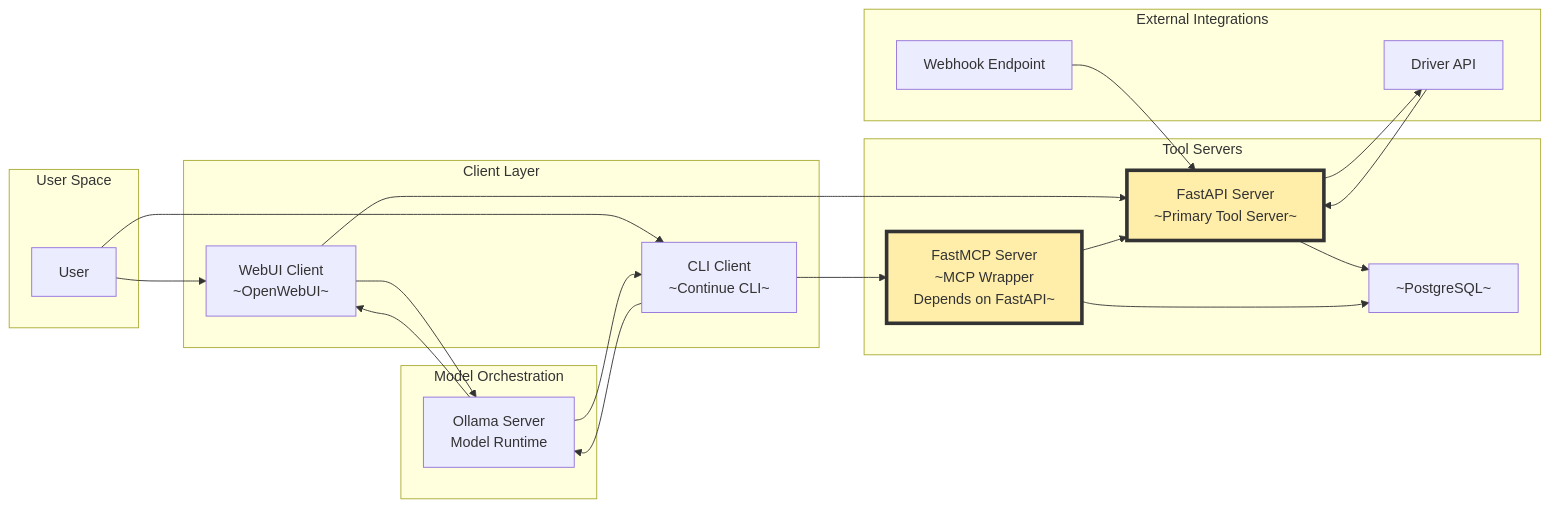
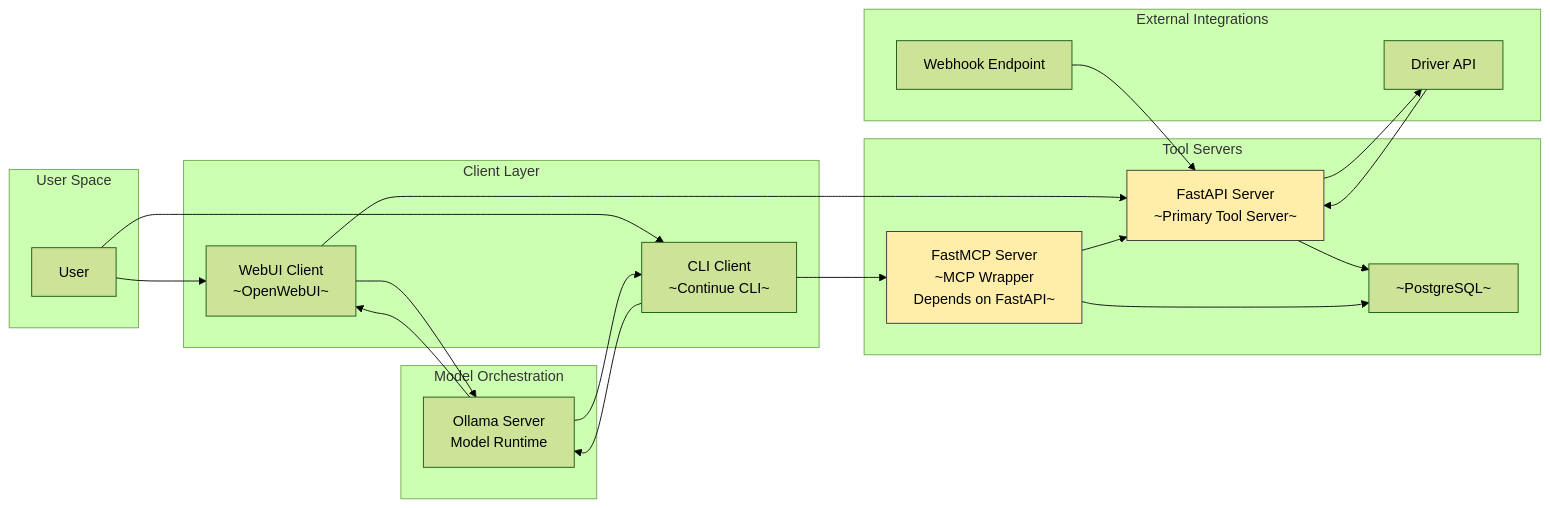
Before and after one commit to entitycs/doordash-driver-fastapi: the first of 2 diagrams in docs/usageContexts.md, drawn with Mermaid. The commit also changed other lines of this file and 1 other file, not shown here.

Commit message:
test doc theme in markdown in github inerface

````diff
--- a/docs/usageContexts.md
+++ b/docs/usageContexts.md
@@ -8,55 +8,61 @@
 ```mermaid
+---
+config:
+  theme: forest
+---
+
 flowchart LR
 
     subgraph UserSpace[User Space]
         U[User]
     end
 
     subgraph ClientLayer[Client Layer]
         W[WebUI Client<br/>~OpenWebUI~]
         C[CLI Client<br/>~Continue CLI~]
     end
 
     subgraph Orchestration[Model Orchestration]
         O[Ollama Server<br/>Model Runtime]
     end
 
     subgraph Tooling[Tool Servers]
         A[FastAPI Server<br/>~Primary Tool Server~]:::servers
         M[FastMCP Server<br/>~MCP Wrapper<br/>Depends on FastAPI~]:::servers
         DB[~PostgreSQL~]
     end
 
     subgraph External[External Integrations]
         D[Driver API]
         H[Webhook Endpoint]
     end
 
     %% User entry
     U --> W
     U --> C
 
     %% Clients to orchestrator
     W --> O
     C --> O
 
     %% Orchestrator to tool servers
     O --> W
     O --> C
 
     %% Client routing
     W --> A
     C --> M
 
     %% Dependency direction
     M --> A
 
     %% Tool server interactions
     A --> DB
     M --> DB
     A --> D
     D --> A
     H --> A
 
-    classDef servers fill:#fea,stroke:#333,stroke-width:4px;
+    classDef servers fill:#fea,color:#000,stroke:#333;
+
 ```
````
